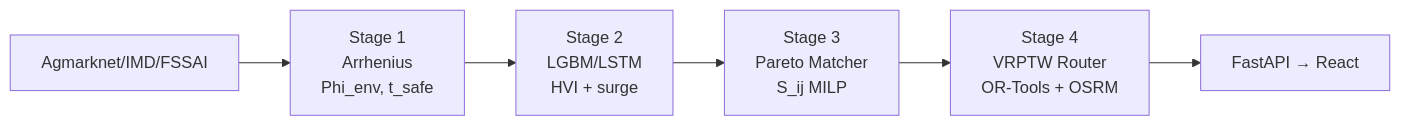
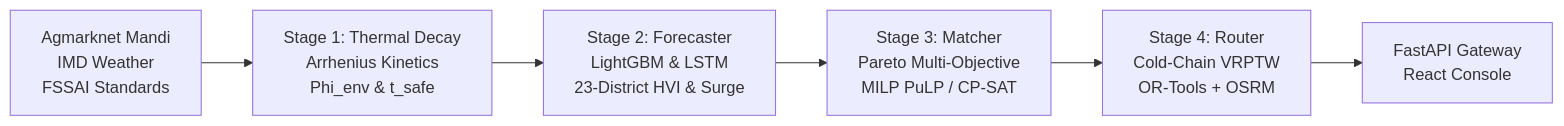
Before and after one commit to ParasRana1729/freshroute: the diagram in README.md, drawn with Mermaid. The commit also changed other lines of this file and 4 other files, not shown here.

````diff
--- a/README.md
+++ b/README.md
@@ -37,8 +43,8 @@
 ```mermaid
 flowchart LR
-    A[Agmarknet/IMD/FSSAI] --> B[Stage 1<br/>Arrhenius<br/>Phi_env, t_safe]
-    B --> C[Stage 2<br/>LGBM/LSTM<br/>HVI + surge]
-    C --> D[Stage 3<br/>Pareto Matcher<br/>S_ij MILP]
-    D --> E[Stage 4<br/>VRPTW Router<br/>OR-Tools + OSRM]
-    E --> F[FastAPI → React]
+    A[Agmarknet Mandi<br/>IMD Weather<br/>FSSAI Standards] --> B[Stage 1: Thermal Decay<br/>Arrhenius Kinetics<br/>Phi_env & t_safe]
+    B --> C[Stage 2: Forecaster<br/>LightGBM & LSTM<br/>23-District HVI & Surge]
+    C --> D[Stage 3: Matcher<br/>Pareto Multi-Objective<br/>MILP PuLP / CP-SAT]
+    D --> E[Stage 4: Router<br/>Cold-Chain VRPTW<br/>OR-Tools + OSRM]
+    E --> F[FastAPI Gateway<br/>React Console]
 ```
````
